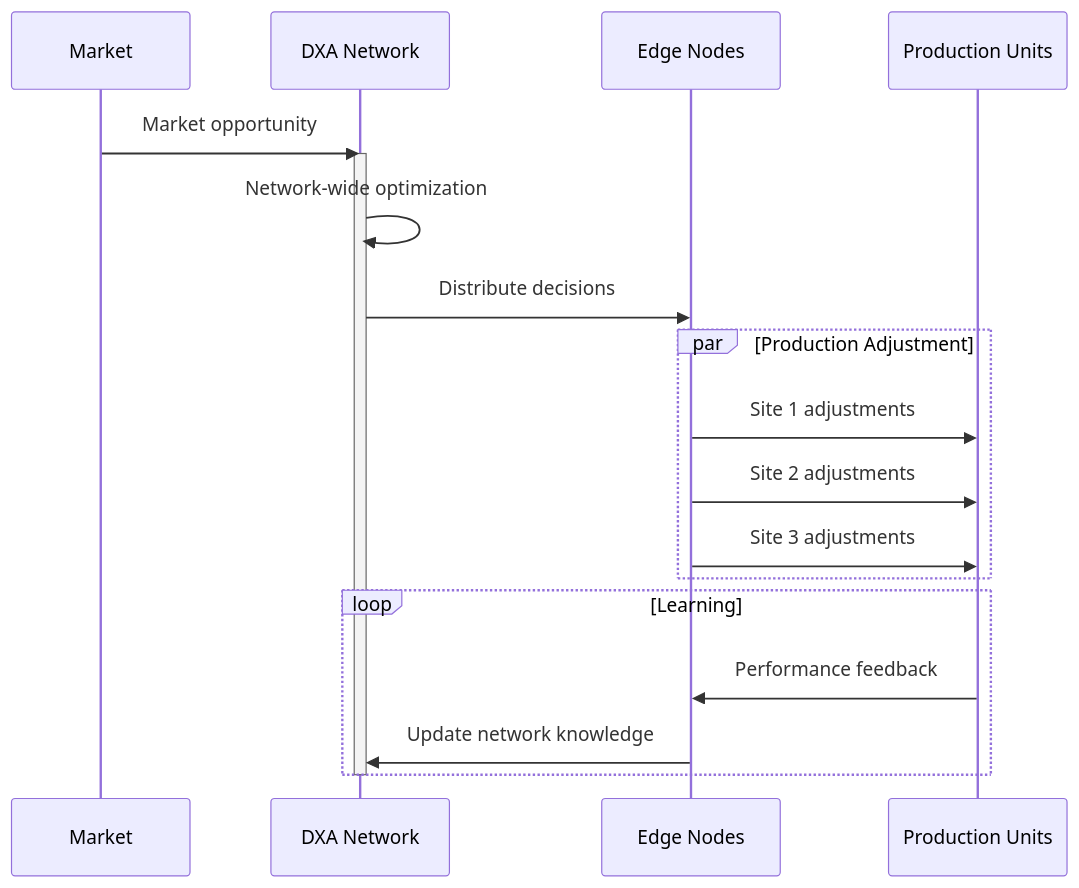
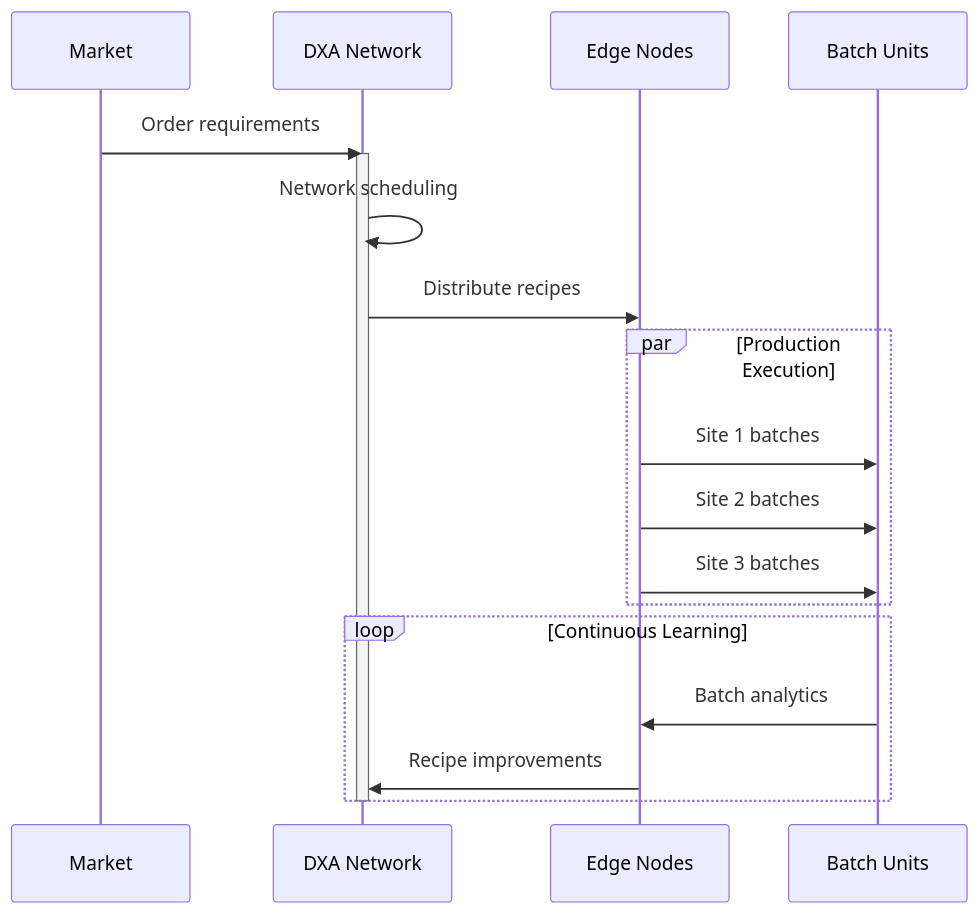
Before and after one commit to aitomatic/dana: the fourth of 4 diagrams in docs/requirements/INDUSTRIAL-AUTOMATION.md, drawn with Mermaid. The commit also changed other lines of this file, not shown here.

Commit message:
Refocus INDUSTRIAL to specialty-chemicals batch processing.

````diff
--- a/docs/requirements/INDUSTRIAL-AUTOMATION.md
+++ b/docs/requirements/INDUSTRIAL-AUTOMATION.md
@@ -129,22 +136,22 @@
 ```mermaid
 sequenceDiagram
     participant M as Market
     participant N as DXA Network
     participant E as Edge Nodes
-    participant P as Production Units
+    participant B as Batch Units
     
-    M->>N: Market opportunity
+    M->>N: Order requirements
     activate N
-    N->>N: Network-wide optimization
-    N->>E: Distribute decisions
-    par Production Adjustment
-        E->>P: Site 1 adjustments
-        E->>P: Site 2 adjustments
-        E->>P: Site 3 adjustments
+    N->>N: Network scheduling
+    N->>E: Distribute recipes
+    par Production Execution
+        E->>B: Site 1 batches
+        E->>B: Site 2 batches
+        E->>B: Site 3 batches
     end
-    loop Learning
-        P->>E: Performance feedback
-        E->>N: Update network knowledge
+    loop Continuous Learning
+        B->>E: Batch analytics
+        E->>N: Recipe improvements
     end
     deactivate N
 ```
````
